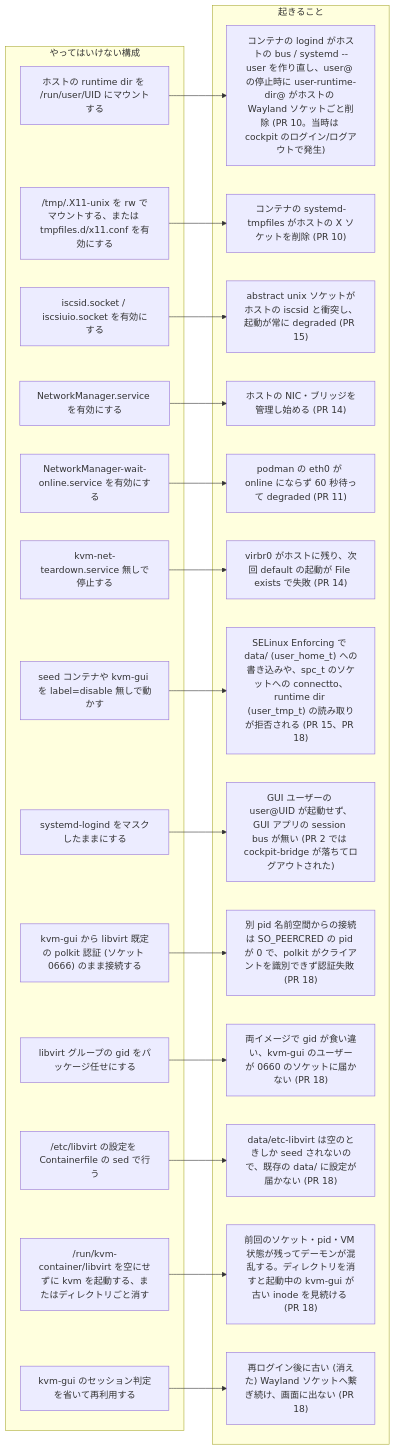
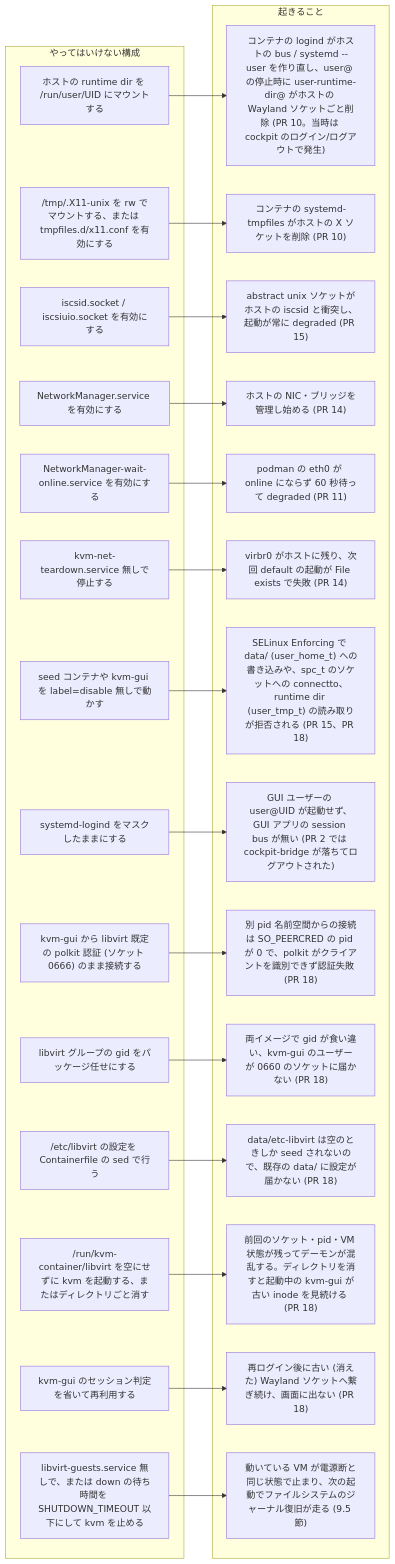
Before and after one commit to ryo-aoki-pc/kvm-container: diagram 21 of 22 in docs/SPEC.md, drawn with Mermaid. The commit also changed other lines of this file and 6 other files, not shown here.

````diff
--- a/docs/SPEC.md
+++ b/docs/SPEC.md
@@ -929,46 +948,49 @@
 ```mermaid
 flowchart LR
   subgraph bad ["やってはいけない構成"]
     b1["ホストの runtime dir を /run/user/UID にマウントする"]
     b2["/tmp/.X11-unix を rw でマウントする、または tmpfiles.d/x11.conf を有効にする"]
     b3["iscsid.socket / iscsiuio.socket を有効にする"]
     b4["NetworkManager.service を有効にする"]
     b5["NetworkManager-wait-online.service を有効にする"]
     b7["kvm-net-teardown.service 無しで停止する"]
     b8["seed コンテナや kvm-gui を label=disable 無しで動かす"]
     b9["systemd-logind をマスクしたままにする"]
     b10["kvm-gui から libvirt 既定の polkit 認証 (ソケット 0666) のまま接続する"]
     b11["libvirt グループの gid をパッケージ任せにする"]
     b12["/etc/libvirt の設定を Containerfile の sed で行う"]
     b13["/run/kvm-container/libvirt を空にせずに kvm を起動する、またはディレクトリごと消す"]
     b14["kvm-gui のセッション判定を省いて再利用する"]
+    b15["libvirt-guests.service 無しで、または down の待ち時間を SHUTDOWN_TIMEOUT 以下にして kvm を止める"]
   end
   subgraph result ["起きること"]
     r1["コンテナの logind がホストの bus / systemd --user を作り直し、user@ の停止時に user-runtime-dir@ がホストの Wayland ソケットごと削除 (PR 10。当時は cockpit のログイン/ログアウトで発生)"]
     r2["コンテナの systemd-tmpfiles がホストの X ソケットを削除 (PR 10)"]
     r3["abstract unix ソケットがホストの iscsid と衝突し、起動が常に degraded (PR 15)"]
     r4["ホストの NIC・ブリッジを管理し始める (PR 14)"]
     r5["podman の eth0 が online にならず 60 秒待って degraded (PR 11)"]
     r7["virbr0 がホストに残り、次回 default の起動が File exists で失敗 (PR 14)"]
     r8["SELinux Enforcing で data/ (user_home_t) への書き込みや、spc_t のソケットへの connectto、runtime dir (user_tmp_t) の読み取りが拒否される (PR 15、PR 18)"]
     r9["GUI ユーザーの user@UID が起動せず、GUI アプリの session bus が無い (PR 2 では cockpit-bridge が落ちてログアウトされた)"]
     r10["別 pid 名前空間からの接続は SO_PEERCRED の pid が 0 で、polkit がクライアントを識別できず認証失敗 (PR 18)"]
     r11["両イメージで gid が食い違い、kvm-gui のユーザーが 0660 のソケットに届かない (PR 18)"]
     r12["data/etc-libvirt は空のときしか seed されないので、既存の data/ に設定が届かない (PR 18)"]
     r13["前回のソケット・pid・VM 状態が残ってデーモンが混乱する。ディレクトリを消すと起動中の kvm-gui が古い inode を見続ける (PR 18)"]
     r14["再ログイン後に古い (消えた) Wayland ソケットへ繋ぎ続け、画面に出ない (PR 18)"]
+    r15["動いている VM が電源断と同じ状態で止まり、次の起動でファイルシステムのジャーナル復旧が走る (9.5 節)"]
   end
   b1 --> r1
   b2 --> r2
   b3 --> r3
   b4 --> r4
   b5 --> r5
   b7 --> r7
   b8 --> r8
   b9 --> r9
   b10 --> r10
   b11 --> r11
   b12 --> r12
   b13 --> r13
   b14 --> r14
+  b15 --> r15
 ```
````
